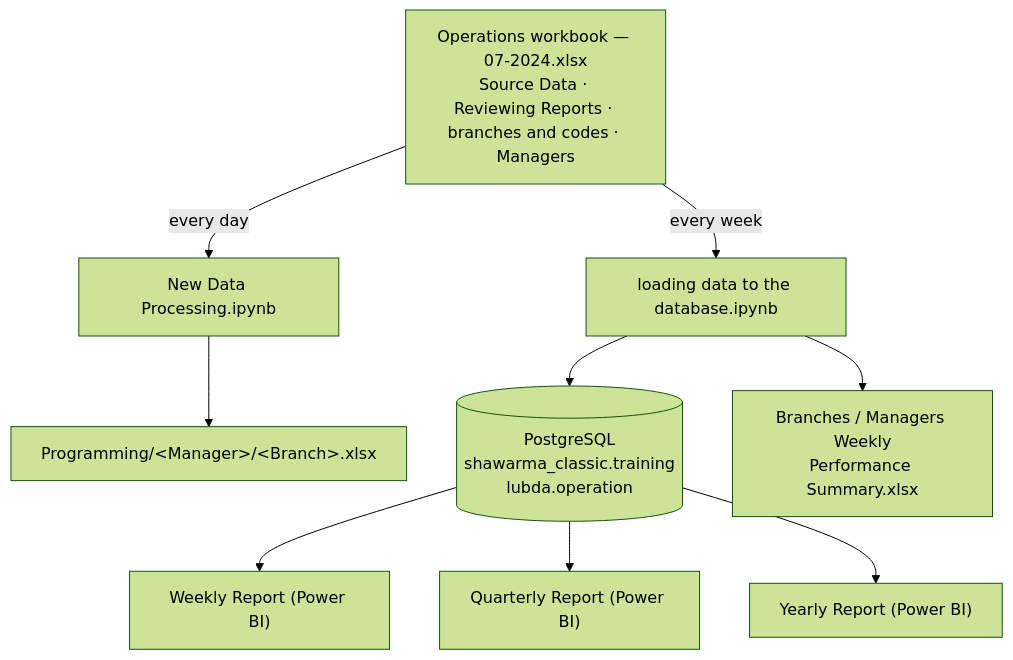
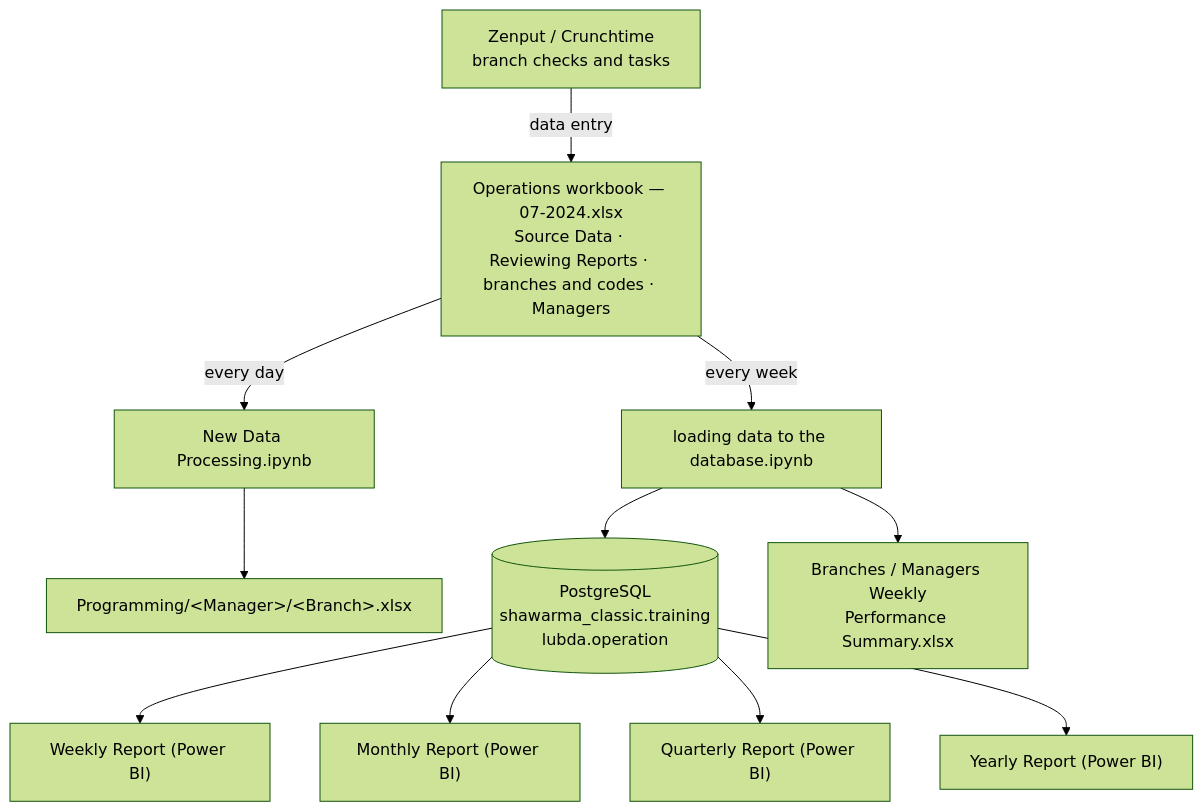
The diagram in docs/architecture.md (alaalmy-ahmed/AOF-Group-Career-Documentation), drawn with Mermaid (forest theme) before and after one commit. The commit also changed other lines of this file and 4 other files, not shown here.

````diff
--- a/docs/architecture.md
+++ b/docs/architecture.md
@@ -5,12 +5,14 @@
 ```mermaid
 flowchart TD
+    Z["Zenput / Crunchtime<br/>branch checks and tasks"] -->|data entry| X
     X["Operations workbook — 07-2024.xlsx<br/>Source Data · Reviewing Reports · branches and codes · Managers"]
     X -->|every day| D["New Data Processing.ipynb"]
     D --> M["Programming/&lt;Manager&gt;/&lt;Branch&gt;.xlsx"]
     X -->|every week| L["loading data to the database.ipynb"]
     L --> DB[("PostgreSQL<br/>shawarma_classic.training<br/>lubda.operation")]
     L --> S["Branches / Managers Weekly<br/>Performance Summary.xlsx"]
     DB --> W["Weekly Report (Power BI)"]
+    DB --> MO["Monthly Report (Power BI)"]
     DB --> Q["Quarterly Report (Power BI)"]
     DB --> Y["Yearly Report (Power BI)"]
 ```
````
